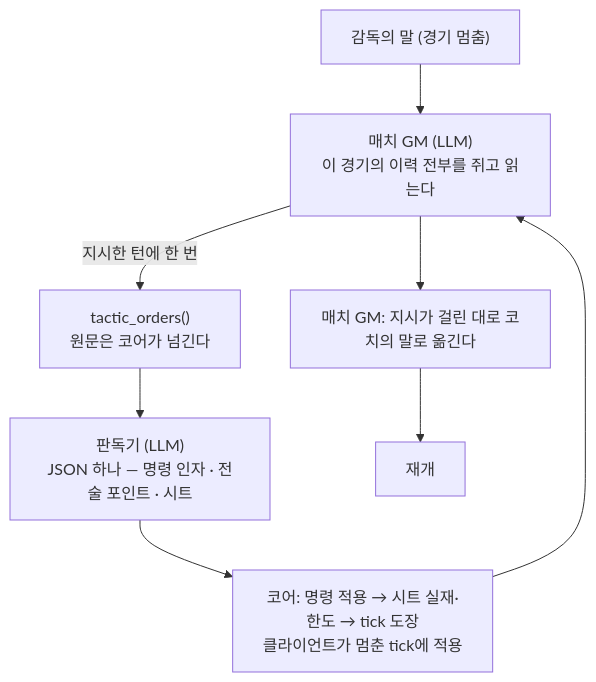
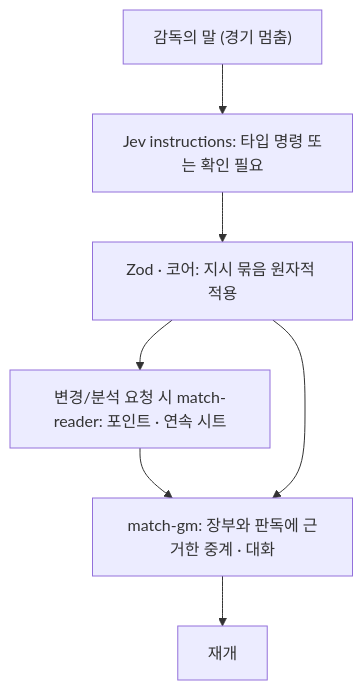
One commit to dhoonjang/gaffer changed the second of 2 diagrams in docs/match/match.md. Above: the diagram before and after it, drawn with Mermaid. The commit also changed other lines of this file and 7 other files, not shown here.

Commit message:
docs(llm): define Jev instructions and experience agent responsibilities

````diff
--- a/docs/match/match.md
+++ b/docs/match/match.md
@@ -110,10 +110,9 @@
 ```mermaid
 flowchart TB
-  A["감독의 말 (경기 멈춤)"] --> B["매치 GM (LLM)<br/>이 경기의 이력 전부를 쥐고 읽는다"]
-  B -->|"지시한 턴에 한 번"| C["tactic_orders()<br/>원문은 코어가 넘긴다"]
-  C --> C1["판독기 (LLM)<br/>JSON 하나 — 명령 인자 · 전술 포인트 · 시트"]
-  C1 --> C2["코어: 명령 적용 → 시트 실재·한도 → tick 도장<br/>클라이언트가 멈춘 tick에 적용"]
-  C2 --> B
-  B --> E["매치 GM: 지시가 걸린 대로 코치의 말로 옮긴다"]
+  A["감독의 말 (경기 멈춤)"] --> B["Jev instructions: 타입 명령 또는 확인 필요"]
+  B --> C["Zod · 코어: 지시 묶음 원자적 적용"]
+  C --> D["변경/분석 요청 시 match-reader: 포인트 · 연속 시트"]
+  D --> E["match-gm: 장부와 판독에 근거한 중계 · 대화"]
+  C --> E
   E --> F["재개"]
 ```
````
